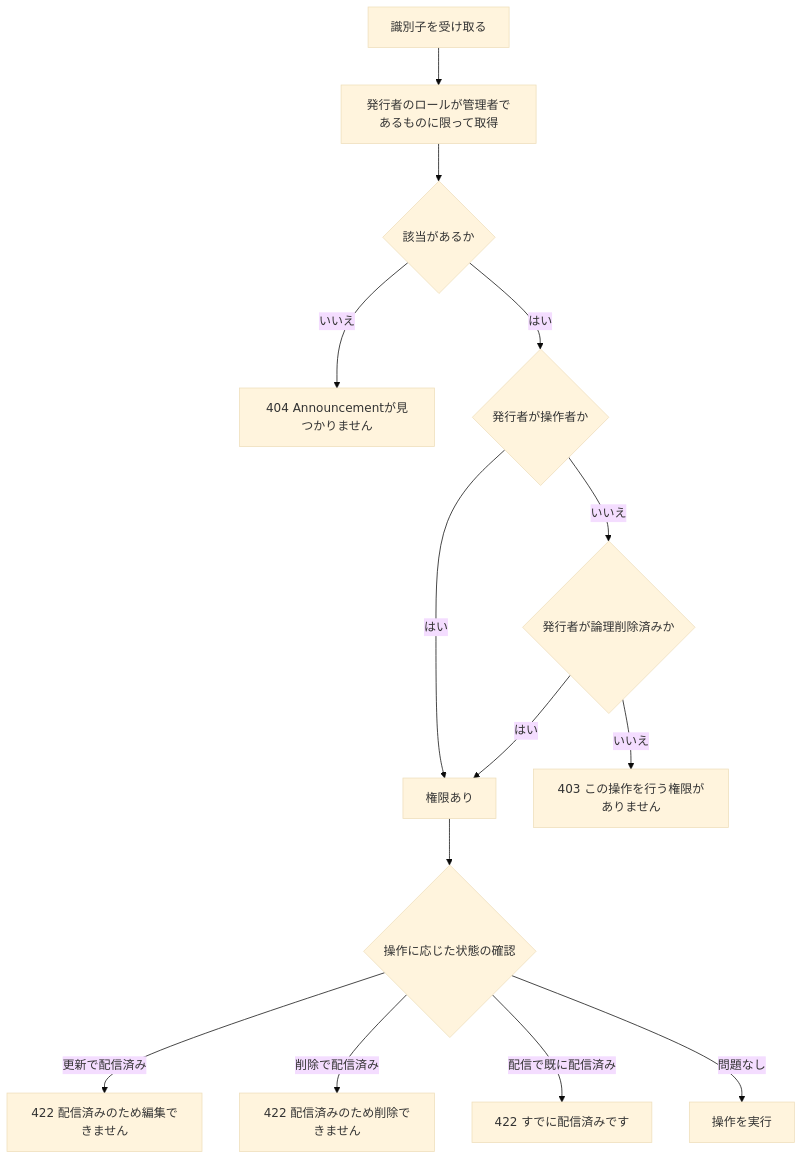
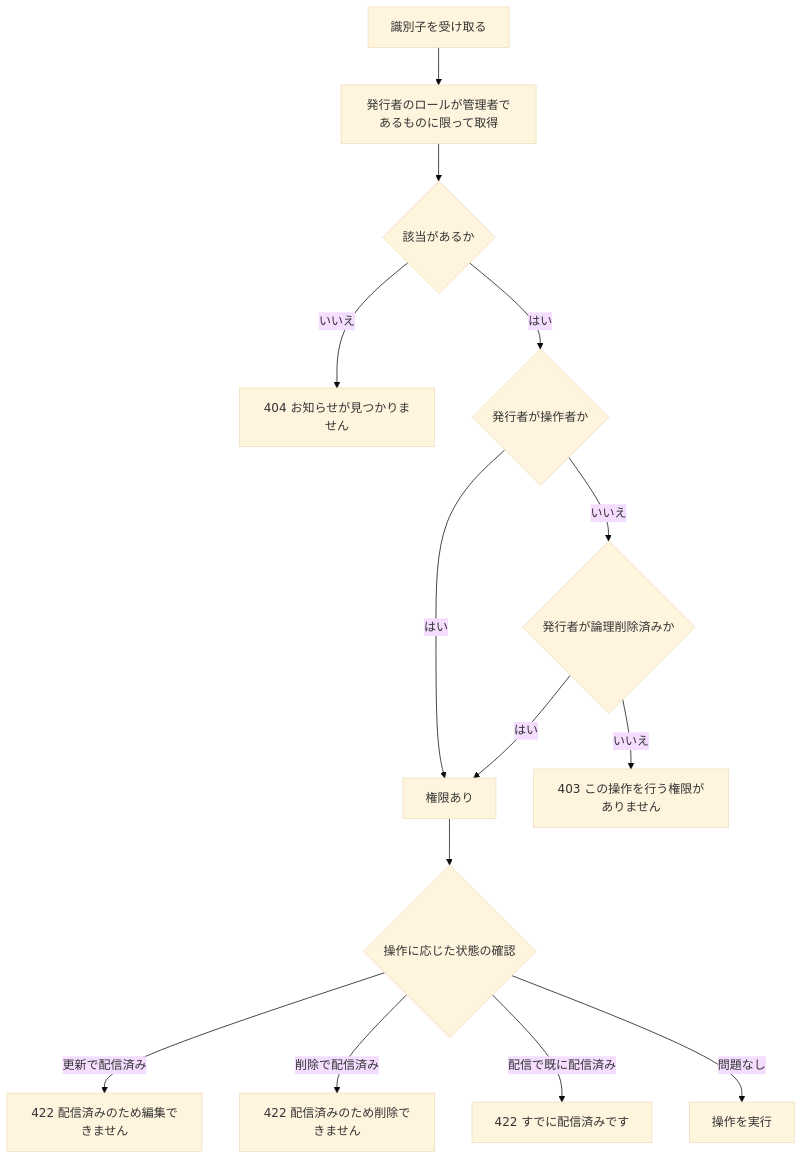
One commit to yuta20253/edu-platform-go-design changed the sixth of 7 diagrams in 計画書/GO移行・設計仕様書/管理者お知らせ管理機能_Go移行・設計仕様書.md. Above: the diagram before and after it, drawn with Mermaid (base theme). The commit also changed other lines of this file and 42 other files, not shown here.

````diff
--- a/計画書/GO移行・設計仕様書/管理者お知らせ管理機能_Go移行・設計仕様書.md
+++ b/計画書/GO移行・設計仕様書/管理者お知らせ管理機能_Go移行・設計仕様書.md
@@ -605,16 +605,16 @@
 ```mermaid
 flowchart TD
     S[識別子を受け取る] --> F[発行者のロールが管理者であるものに限って取得]
     F --> E{該当があるか}
-    E -- いいえ --> NF[404 Announcementが見つかりません]
+    E -- いいえ --> NF[404 お知らせが見つかりません]
     E -- はい --> P1{発行者が操作者か}
     P1 -- はい --> OK[権限あり]
     P1 -- いいえ --> P2{発行者が論理削除済みか}
     P2 -- はい --> OK
     P2 -- いいえ --> FB[403 この操作を行う権限がありません]
     OK --> ST{操作に応じた状態の確認}
     ST -- 更新で配信済み --> E422a[422 配信済みのため編集できません]
     ST -- 削除で配信済み --> E422b[422 配信済みのため削除できません]
     ST -- 配信で既に配信済み --> E422c[422 すでに配信済みです]
     ST -- 問題なし --> DO[操作を実行]
 ```
````
